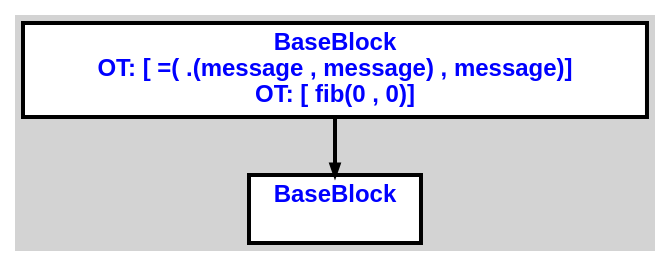
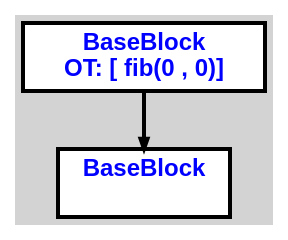
Before and after one commit to aveen007/CountingMonkeys: the diagram in cpoCompilerWin/input2.txt.ShowMessage.dot, drawn with Graphviz. The commit also changed 27 other files, not shown here.

```diff
--- a/cpoCompilerWin/input2.txt.ShowMessage.dot
+++ b/cpoCompilerWin/input2.txt.ShowMessage.dot
@@ -1,12 +1,11 @@
 digraph G {
 ordering=out;
 ranksep=.4;
 bgcolor="lightgrey";  node [shape=box, fixedsize=false, fontsize=12, fontname="Helvetica-bold", fontcolor="blue"
 width=.25, height=.25, color="black", fillcolor="white", style="filled, solid, bold"];
 
-edge [arrowsize=.5, color="black", style="bold"]    n0000127C6D0229C0 [label="BaseBlock\n OT: [ =( .(message , message) , message)]
-OT: [ fib(0 , 0)]
+edge [arrowsize=.5, color="black", style="bold"]    n00001279F9922A80 [label="BaseBlock\n OT: [ fib(0 , 0)]
 "]
-    n0000127C6D022A20 [label="BaseBlock\n "]
-    n0000127C6D0229C0 -> n0000127C6D022A20
+    n00001279F9922AE0 [label="BaseBlock\n "]
+    n00001279F9922A80 -> n00001279F9922AE0
 }
```
